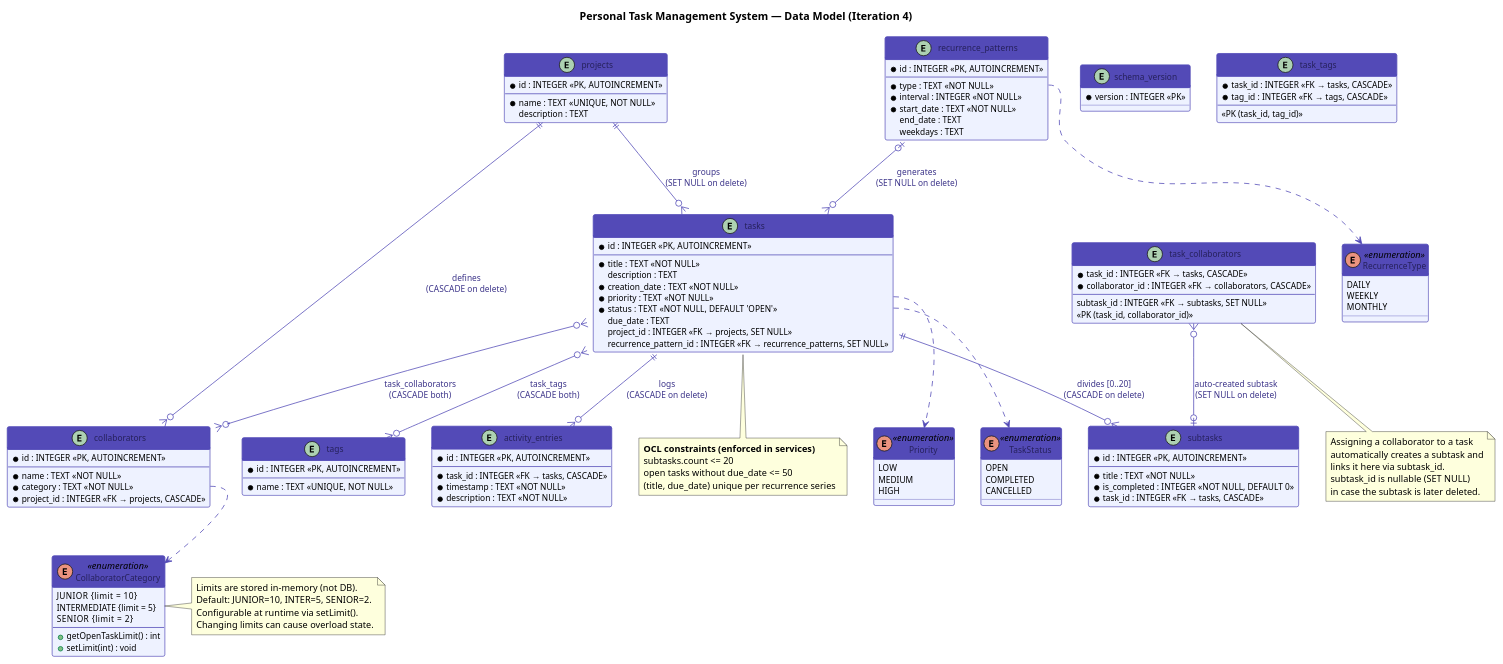
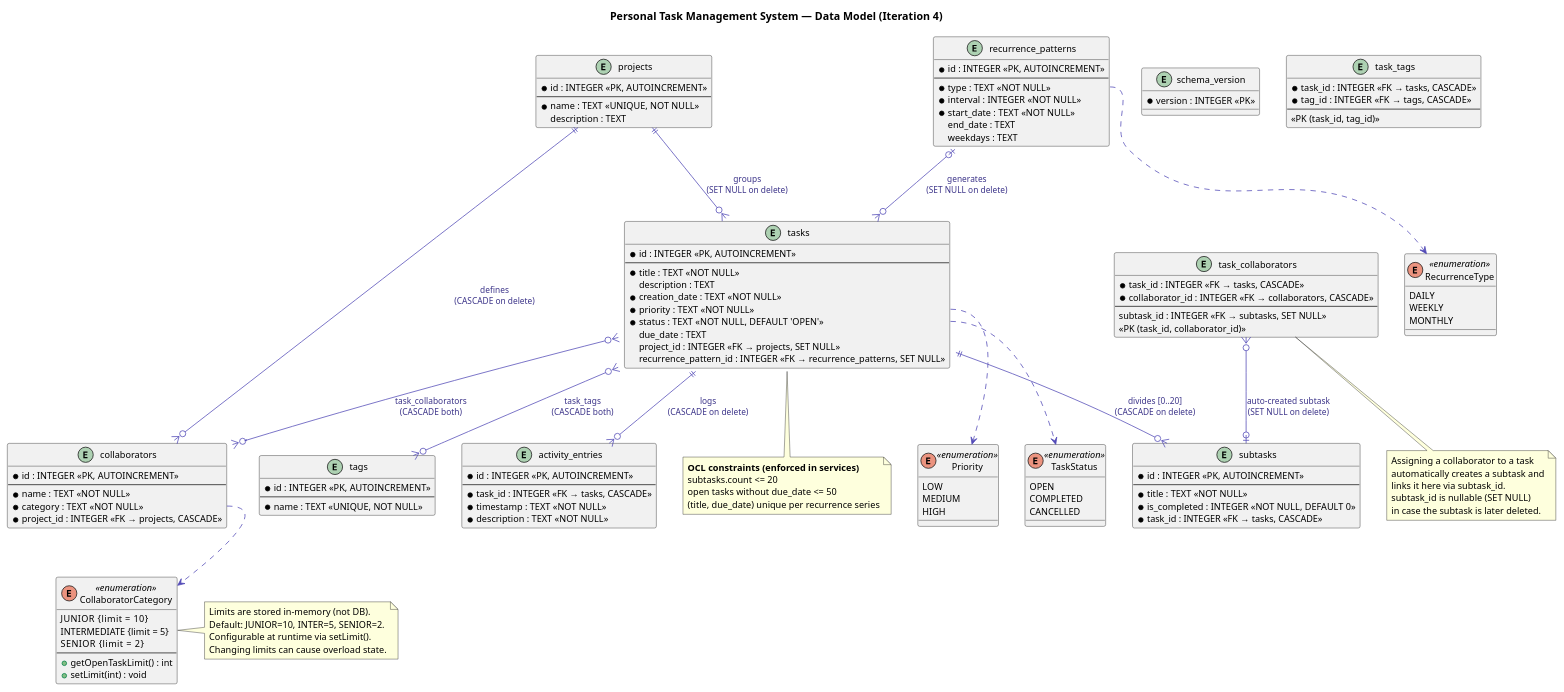
Before and after one commit to dan-gan/SOEN-342: the diagram in Iterations/Iteration-4/UmlDataModel/DataModel.puml, drawn with PlantUML. The commit also changed 3 other files, not shown here.

```diff
--- a/Iterations/Iteration-4/UmlDataModel/DataModel.puml
+++ b/Iterations/Iteration-4/UmlDataModel/DataModel.puml
@@ -1,173 +1,163 @@
 @startuml DataModel
 title Personal Task Management System — Data Model (Iteration 4)
 
 skinparam monochrome false
 skinparam shadowing false
 skinparam defaultFontName Arial
 skinparam defaultFontSize 12
-
-skinparam class {
-    BackgroundColor #EEF2FF
-    BorderColor #534AB7
-    FontColor #26215C
-    HeaderBackgroundColor #534AB7
-    HeaderFontColor #FFFFFF
-    FontSize 12
-    AttributeFontSize 11
-}
 
 skinparam arrow {
     Color #534AB7
     FontColor #3C3489
     FontSize 11
 }
 
 ' ─── ENUMERATIONS ───────────────────────────────────────
 
 enum Priority <<enumeration>> {
     LOW
     MEDIUM
     HIGH
 }
 
 enum TaskStatus <<enumeration>> {
     OPEN
     COMPLETED
     CANCELLED
 }
 
 enum CollaboratorCategory <<enumeration>> {
     JUNIOR    {limit = 10}
     INTERMEDIATE {limit = 5}
     SENIOR    {limit = 2}
     --
     + getOpenTaskLimit() : int
     + setLimit(int) : void
 }
 
 enum RecurrenceType <<enumeration>> {
     DAILY
     WEEKLY
     MONTHLY
 }
 
 ' ─── TABLES ─────────────────────────────────────────────
 
 entity schema_version {
     * version : INTEGER <<PK>>
 }
 
 entity projects {
     * id : INTEGER <<PK, AUTOINCREMENT>>
     --
     * name : TEXT <<UNIQUE, NOT NULL>>
     description : TEXT
 }
 
 entity tags {
     * id : INTEGER <<PK, AUTOINCREMENT>>
     --
     * name : TEXT <<UNIQUE, NOT NULL>>
 }
 
 entity recurrence_patterns {
     * id : INTEGER <<PK, AUTOINCREMENT>>
     --
     * type : TEXT <<NOT NULL>>
     * interval : INTEGER <<NOT NULL>>
     * start_date : TEXT <<NOT NULL>>
     end_date : TEXT
     weekdays : TEXT
 }
 
 entity tasks {
     * id : INTEGER <<PK, AUTOINCREMENT>>
     --
     * title : TEXT <<NOT NULL>>
     description : TEXT
     * creation_date : TEXT <<NOT NULL>>
     * priority : TEXT <<NOT NULL>>
     * status : TEXT <<NOT NULL, DEFAULT 'OPEN'>>
     due_date : TEXT
     project_id : INTEGER <<FK → projects, SET NULL>>
     recurrence_pattern_id : INTEGER <<FK → recurrence_patterns, SET NULL>>
 }
 
 entity task_tags {
     * task_id : INTEGER <<FK → tasks, CASCADE>>
     * tag_id  : INTEGER <<FK → tags, CASCADE>>
     --
     <<PK (task_id, tag_id)>>
 }
 
 entity subtasks {
     * id : INTEGER <<PK, AUTOINCREMENT>>
     --
     * title : TEXT <<NOT NULL>>
     * is_completed : INTEGER <<NOT NULL, DEFAULT 0>>
     * task_id : INTEGER <<FK → tasks, CASCADE>>
 }
 
 entity collaborators {
     * id : INTEGER <<PK, AUTOINCREMENT>>
     --
     * name : TEXT <<NOT NULL>>
     * category : TEXT <<NOT NULL>>
     * project_id : INTEGER <<FK → projects, CASCADE>>
 }
 
 entity task_collaborators {
     * task_id : INTEGER <<FK → tasks, CASCADE>>
     * collaborator_id : INTEGER <<FK → collaborators, CASCADE>>
     --
     subtask_id : INTEGER <<FK → subtasks, SET NULL>>
     <<PK (task_id, collaborator_id)>>
 }
 
 entity activity_entries {
     * id : INTEGER <<PK, AUTOINCREMENT>>
     --
     * task_id : INTEGER <<FK → tasks, CASCADE>>
     * timestamp : TEXT <<NOT NULL>>
     * description : TEXT <<NOT NULL>>
 }
 
 ' ─── RELATIONSHIPS ──────────────────────────────────────
 
 projects             ||--o{ tasks                : "groups\n(SET NULL on delete)"
 projects             ||--o{ collaborators         : "defines\n(CASCADE on delete)"
 recurrence_patterns  |o--o{ tasks                : "generates\n(SET NULL on delete)"
 tasks                ||--o{ subtasks             : "divides [0..20]\n(CASCADE on delete)"
 tasks                ||--o{ activity_entries     : "logs\n(CASCADE on delete)"
 tasks                }o--o{ tags                 : "task_tags\n(CASCADE both)"
 tasks                }o--o{ collaborators        : "task_collaborators\n(CASCADE both)"
 task_collaborators   }o--o| subtasks             : "auto-created subtask\n(SET NULL on delete)"
 
 tasks::priority              ..> Priority
 tasks::status                ..> TaskStatus
 collaborators::category      ..> CollaboratorCategory
 recurrence_patterns::type    ..> RecurrenceType
 
 note bottom of task_collaborators
   Assigning a collaborator to a task
   automatically creates a subtask and
   links it here via subtask_id.
   subtask_id is nullable (SET NULL)
   in case the subtask is later deleted.
 end note
 
 note right of CollaboratorCategory
   Limits are stored in-memory (not DB).
   Default: JUNIOR=10, INTER=5, SENIOR=2.
   Configurable at runtime via setLimit().
   Changing limits can cause overload state.
 end note
 
 note bottom of tasks
   <b>OCL constraints (enforced in services)</b>
   subtasks.count <= 20
   open tasks without due_date <= 50
   (title, due_date) unique per recurrence series
 end note
 
 @enduml
```
